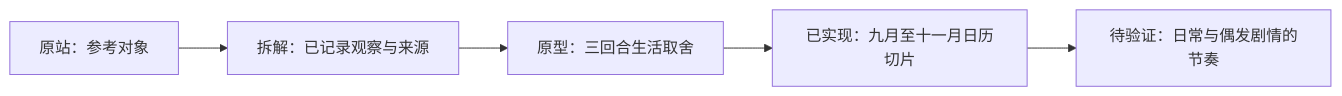
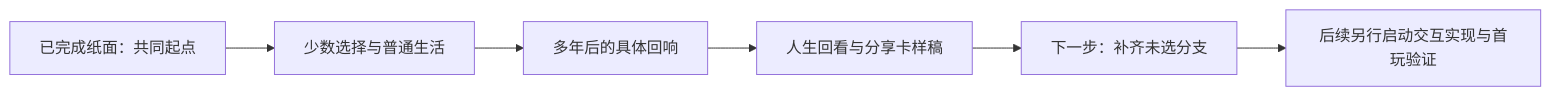
The diagram in README.md (yuki-uix/life-sim-product-study), drawn with Mermaid before and after one commit. The commit also changed other lines of this file and 14 other files, not shown here.

````diff
--- a/README.md
+++ b/README.md
@@ -27,7 +19,8 @@
 ```mermaid
 flowchart LR
-    A[原站：参考对象] --> B[拆解：已记录观察与来源]
-    B --> C[原型：三回合生活取舍]
-    C --> D[已实现：九月至十一月日历切片]
-    D --> E[待验证：日常与偶发剧情的节奏]
+    A[已完成纸面：共同起点] --> B[少数选择与普通生活]
+    B --> C[多年后的具体回响]
+    C --> D[人生回看与分享卡样稿]
+    D --> E[下一步：补齐未选分支]
+    E --> F[后续另行启动交互实现与首玩验证]
 ```
````
